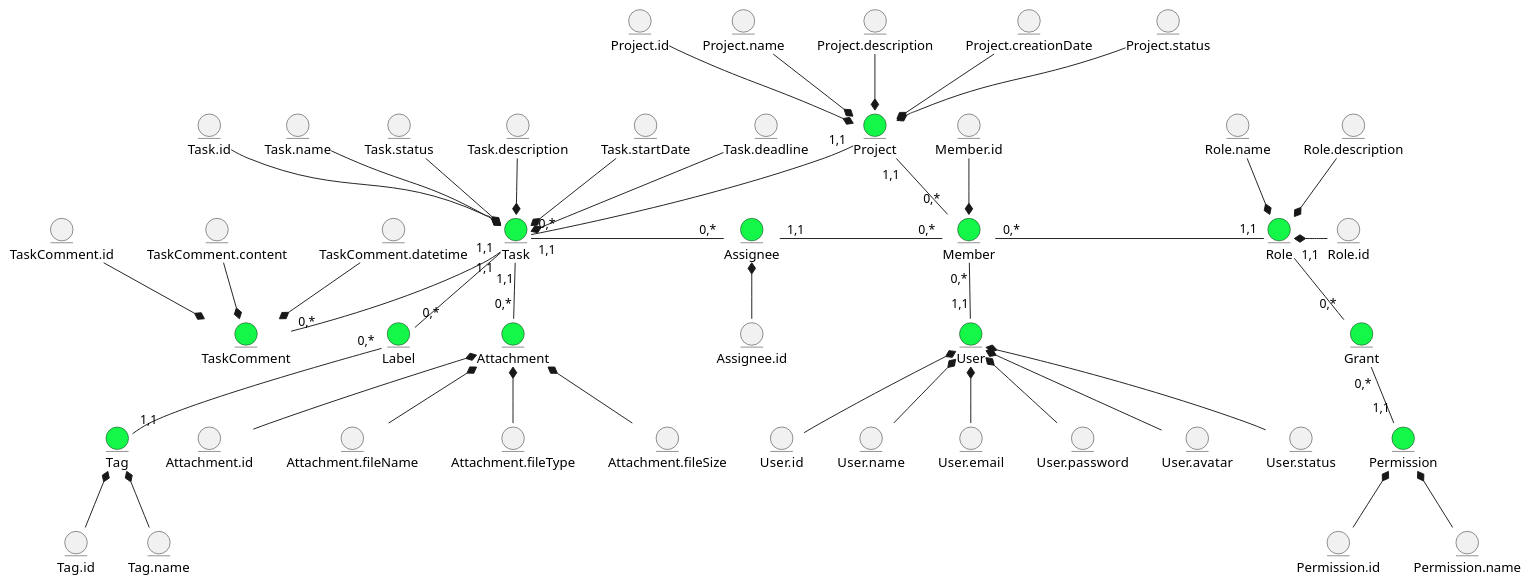
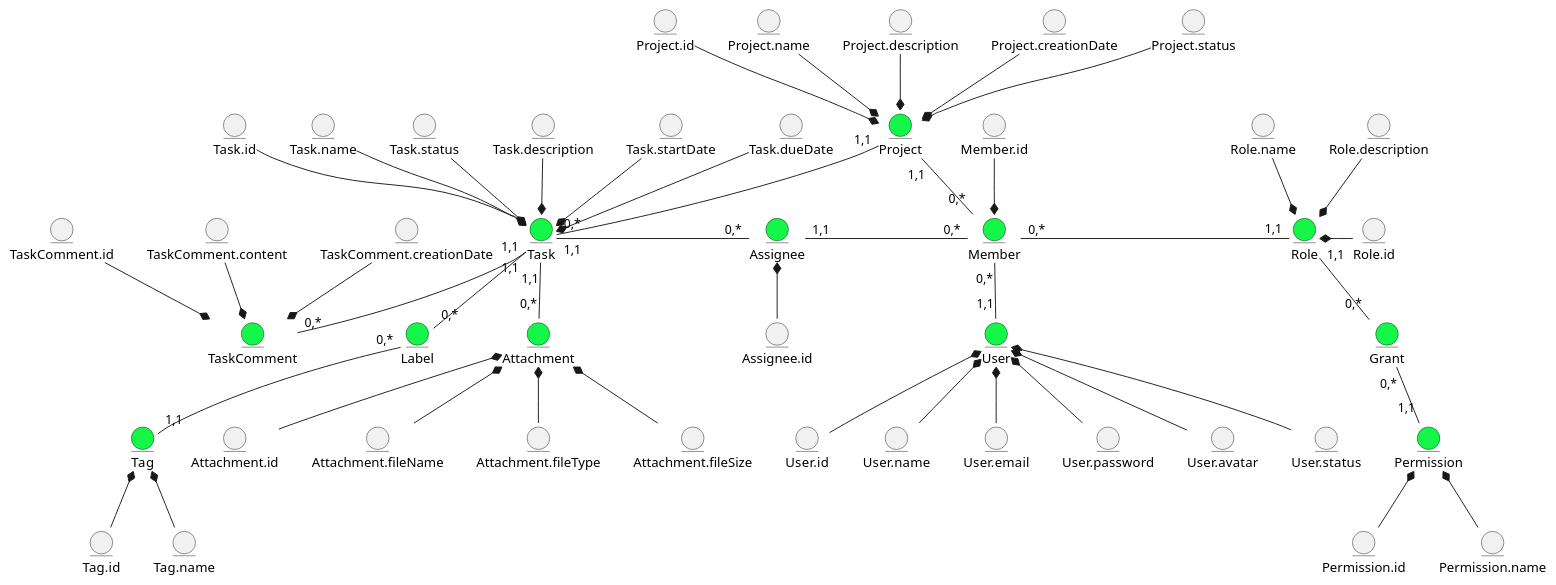
Before and after one commit to samoilenkomariia/db-coursework: the first of 2 diagrams in docs/design/README.md, drawn with PlantUML.

Commit message:
edited be model

```diff
--- a/docs/design/README.md
+++ b/docs/design/README.md
@@ -47,21 +47,21 @@
 entity Task.status
 entity Task.description
 entity Task.startDate
-entity Task.deadline
+entity Task.dueDate
 
 Task.id --* Task
 Task.name --* Task
 Task.status --* Task
 Task.description --* Task
 Task.startDate --* Task
-Task.deadline --* Task
+Task.dueDate --* Task
 
 entity TaskComment.id
 entity TaskComment.content
-entity TaskComment.datetime
+entity TaskComment.creationDate
 TaskComment.id --* TaskComment
 TaskComment.content --* TaskComment
-TaskComment.datetime --* TaskComment
+TaskComment.creationDate --* TaskComment
 
 entity Attachment.id
 entity Attachment.fileName
```
